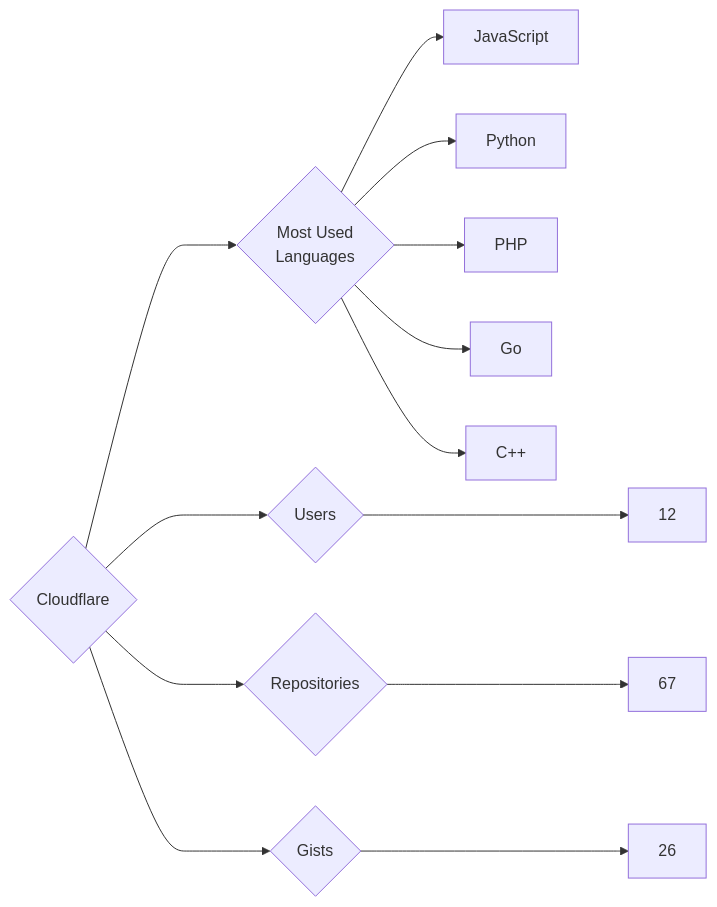
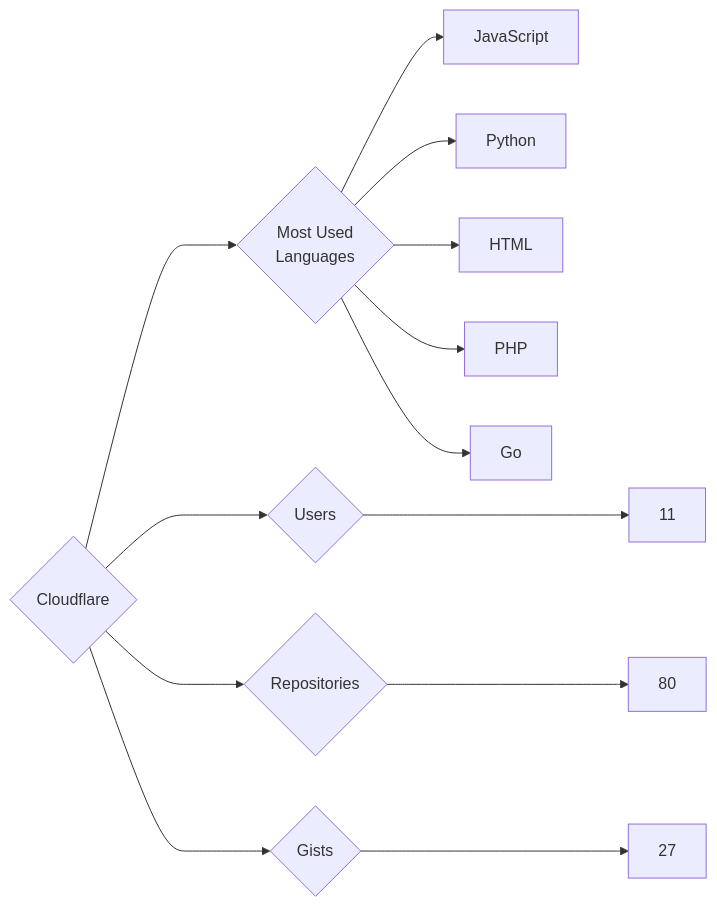
One commit to trickest/insiders changed the diagram in targets/Cloudflare/README.md. Above: the diagram before and after it, drawn with Mermaid. The commit also changed 1055 other files, not shown here.

````diff
--- a/targets/Cloudflare/README.md
+++ b/targets/Cloudflare/README.md
@@ -3,13 +3,13 @@
 ```mermaid
 graph LR
 COMPANY_NAME{Cloudflare}
-COMPANY_NAME ---> U{Users} ---> UN[12]
-COMPANY_NAME ---> R{Repositories} ---> RN[67]
-COMPANY_NAME ---> G{Gists} ---> GN[26]
+COMPANY_NAME ---> U{Users} ---> UN[11]
+COMPANY_NAME ---> R{Repositories} ---> RN[80]
+COMPANY_NAME ---> G{Gists} ---> GN[27]
 COMPANY_NAME ---> ML{Most Used<br>Languages}
 ML --> JavaScript[JavaScript]
 ML --> Python[Python]
+ML --> HTML[HTML]
 ML --> PHP[PHP]
 ML --> Go[Go]
-ML --> C++[C++]
 ```
````
